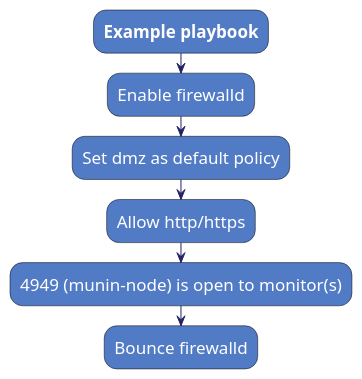
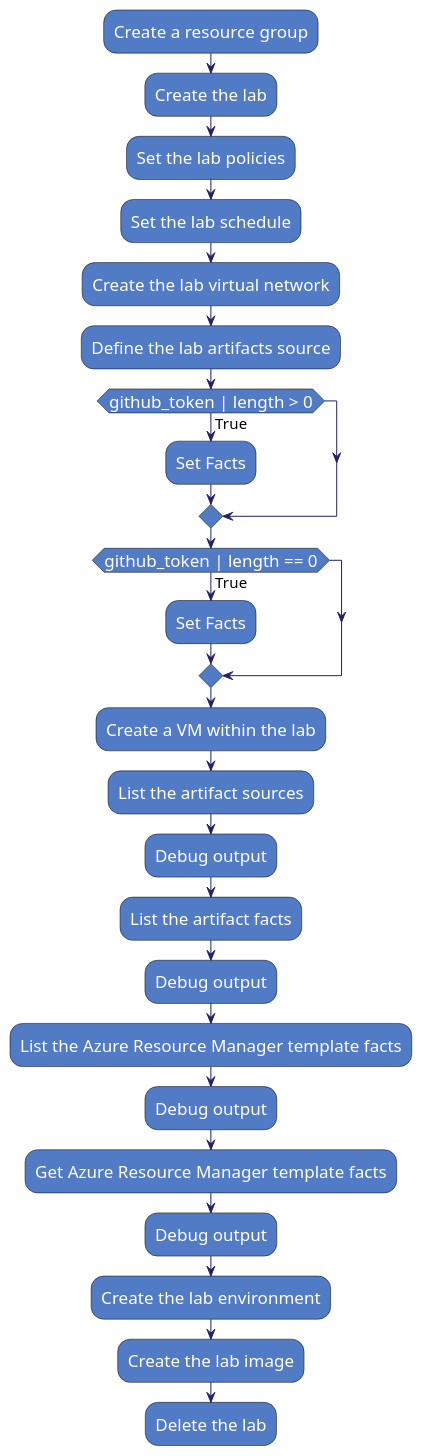
Before and after one commit to rwxd/ansible2puml: the diagram in example/example-diagram.puml, drawn with PlantUML. The commit also changed other lines of this file and 1 other file, not shown here.

Commit message:
changed example diagram

```diff
--- a/example/example-diagram.puml
+++ b/example/example-diagram.puml
@@ -1,31 +2,71 @@
 @startuml
+
 skinparam defaultTextAlignment center
 skinparam componentStyle uml2
 
 skinparam activity {
     FontColor          white
     AttributeFontColor white
     FontSize           17
     AttributeFontSize  15
     AttributeFontname  Droid Sans Mono
     BackgroundColor    #527BC6
     BorderColor        black
     ArrowColor         #222266
     ArrowFontSize      15
 }
 
 skinparam activityDiamond {
     FontColor          white
     AttributeFontColor white
     FontSize           17
     BackgroundColor    #527BC6
     BorderColor        black
 }
 
-:**Example playbook**;
-:Enable firewalld;
-:Set dmz as default policy;
-:Allow http/https;
-:4949 (munin-node) is open to monitor(s);
-:Bounce firewalld;
+
+
+:Create a resource group;
+
+:Create the lab;
+
+:Set the lab policies;
+
+:Set the lab schedule;
+
+:Create the lab virtual network;
+
+:Define the lab artifacts source;
+
+if(github_token | length > 0) then (True)
+    :Set Facts;
+endif
+
+if(github_token | length == 0) then (True)
+    :Set Facts;
+endif
+
+:Create a VM within the lab;
+
+:List the artifact sources;
+
+:Debug output;
+
+:List the artifact facts;
+
+:Debug output;
+
+:List the Azure Resource Manager template facts;
+
+:Debug output;
+
+:Get Azure Resource Manager template facts;
+
+:Debug output;
+
+:Create the lab environment;
+
+:Create the lab image;
+
+:Delete the lab;
 @enduml
```
